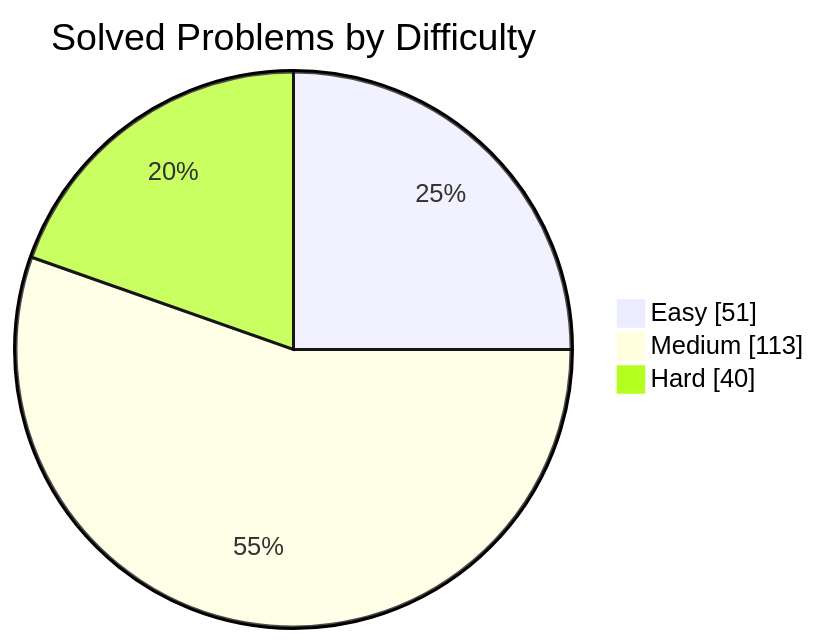
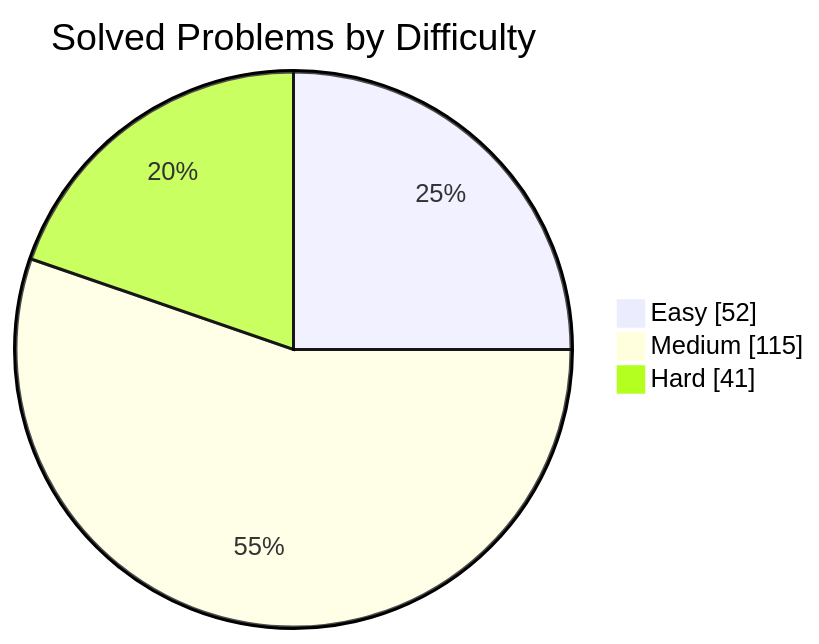
One commit to manikantbindass/DSA-Preparation-FAANG changed the first of 2 diagrams in README.md. Above: the diagram before and after it, drawn with Mermaid. The commit also changed other lines of this file and 1 other file, not shown here.

````diff
--- a/README.md
+++ b/README.md
@@ -40,7 +40,7 @@
 ```mermaid
 pie showData
     title Solved Problems by Difficulty
-    "Easy" : 51
-    "Medium" : 113
-    "Hard" : 40
+    "Easy" : 52
+    "Medium" : 115
+    "Hard" : 41
 ```
````
